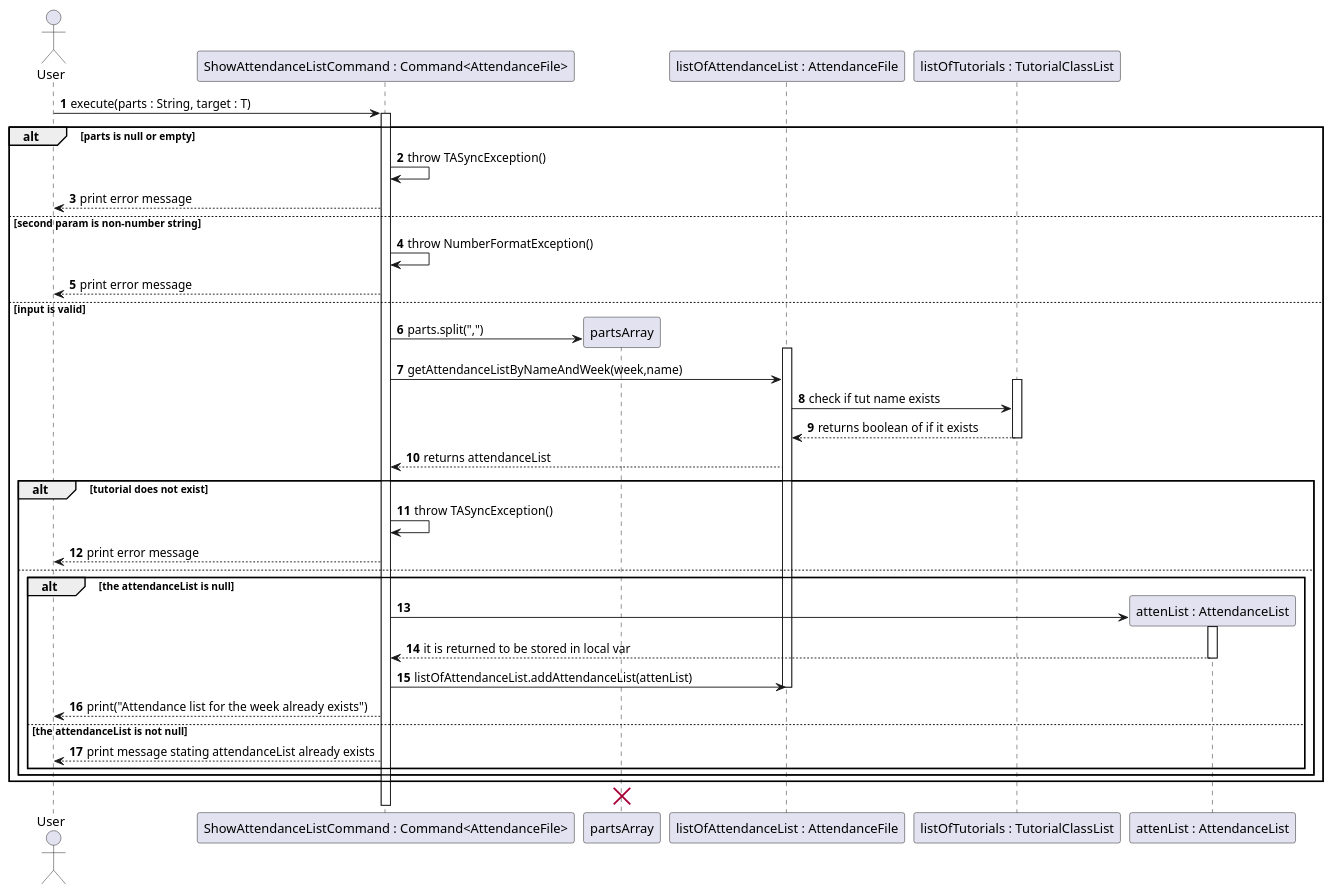
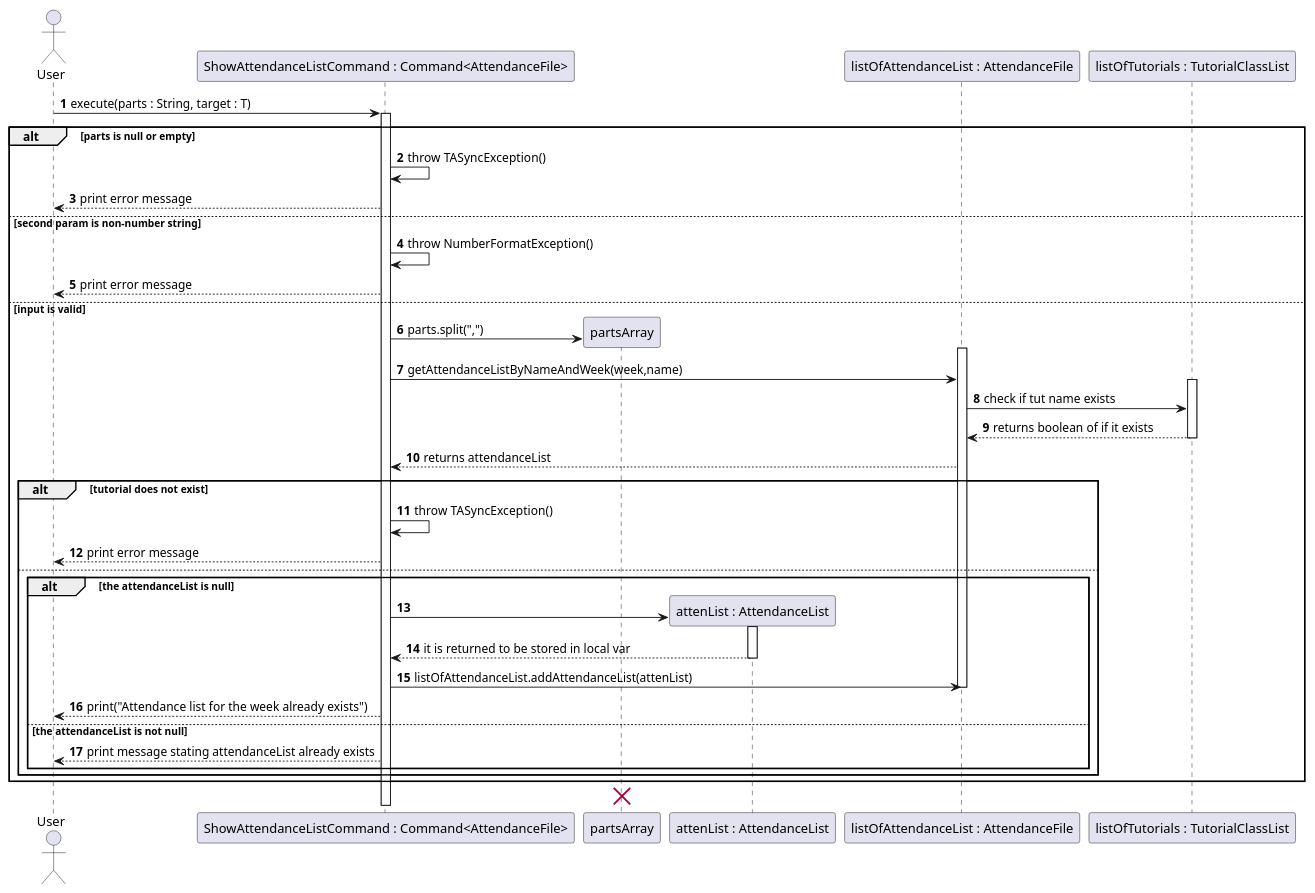
Before and after one commit to wongyihao02/tp: the diagram in docs/diagrams/attendancelistcommands/CreateNewAttendanceListCommand.puml, drawn with PlantUML. The commit also changed 7 other files, not shown here.

```diff
--- a/docs/diagrams/attendancelistcommands/CreateNewAttendanceListCommand.puml
+++ b/docs/diagrams/attendancelistcommands/CreateNewAttendanceListCommand.puml
@@ -1,54 +1,55 @@
 @startuml
 'https://plantuml.com/sequence-diagram
 
 autonumber
 actor User
 participant "ShowAttendanceListCommand : Command<AttendanceFile>" as command
 participant "partsArray" as parts
+participant "attenList : AttendanceList" as attenList
 participant "listOfAttendanceList : AttendanceFile" as listOfAttendanceList
 participant "listOfTutorials : TutorialClassList" as listOfTutorials
-participant "attenList : AttendanceList" as attenList
+
 
 
 User -> command : execute(parts : String, target : T)
 activate command
 alt parts is null or empty
 command -> command : throw TASyncException()
 command --> User : print error message
 else second param is non-number string
 command -> command : throw NumberFormatException()
 command --> User : print error message
 else input is valid
 create parts
 command -> parts : parts.split(",")
 activate listOfAttendanceList
 command -> listOfAttendanceList : getAttendanceListByNameAndWeek(week,name)
 activate listOfTutorials
 listOfAttendanceList -> listOfTutorials : check if tut name exists
 listOfTutorials --> listOfAttendanceList: returns boolean of if it exists
 deactivate listOfTutorials
 
 listOfAttendanceList --> command : returns attendanceList
 alt tutorial does not exist
 command -> command : throw TASyncException()
 command --> User : print error message
 else
 alt the attendanceList is null
 create attenList
 command -> attenList
 activate attenList
 attenList --> command : it is returned to be stored in local var
 deactivate attenList
 command -> listOfAttendanceList : listOfAttendanceList.addAttendanceList(attenList)
 
 
 deactivate listOfAttendanceList
 command --> User : print("Attendance list for the week already exists")
 else the attendanceList is not null
 command --> User : print message stating attendanceList already exists
 end alt
 end alt
 end alt
 
 destroy parts
 @enduml
```
